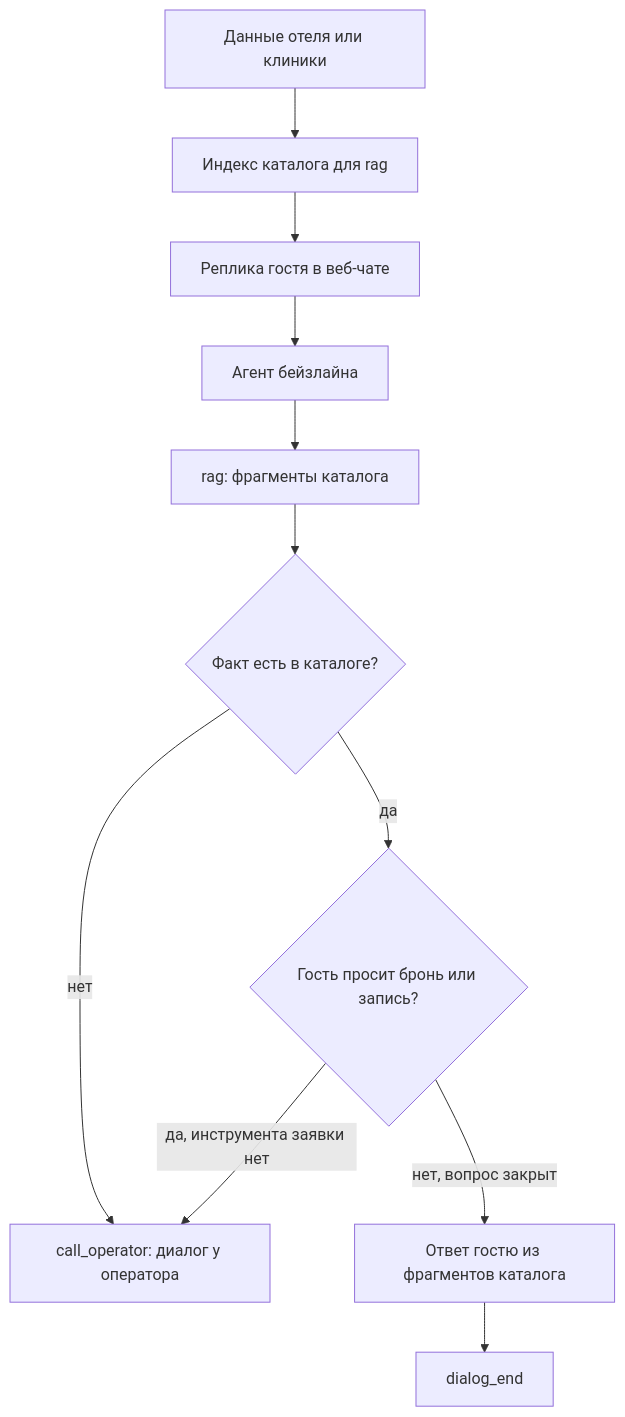
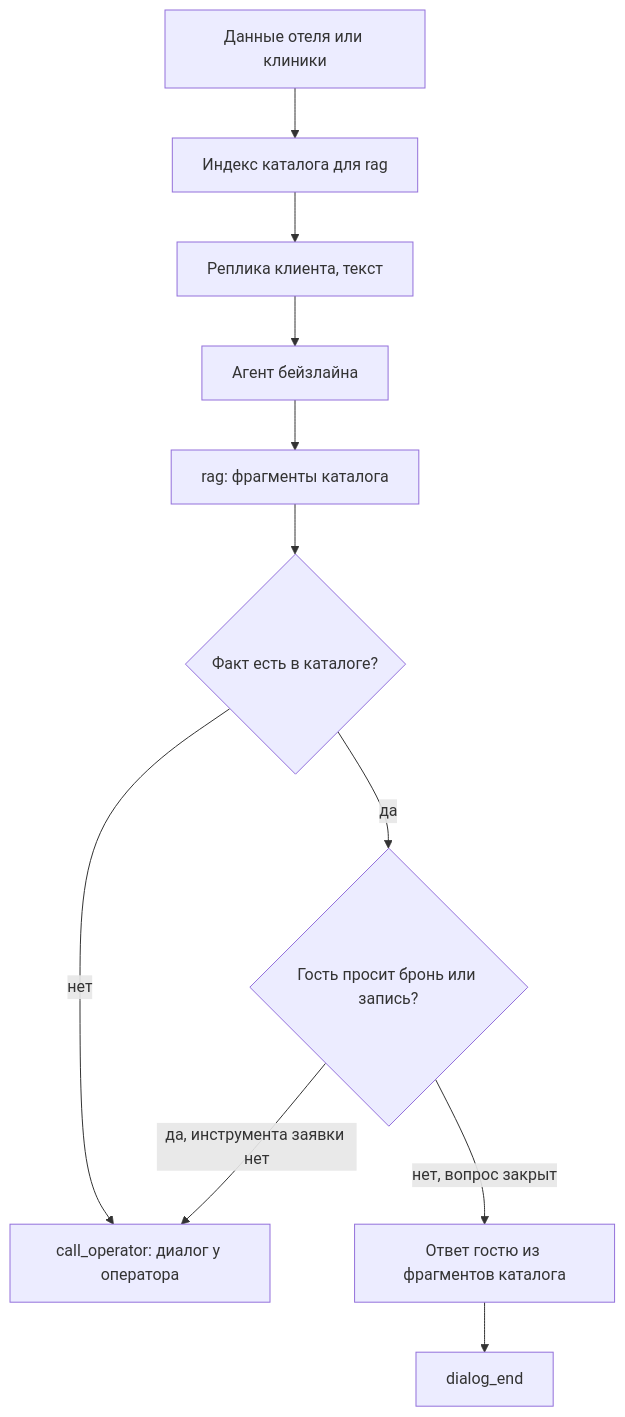
The first of 2 diagrams in docs/ml_system_design_doc.md (K-Grachev-2106756/universal-consultant), drawn with Mermaid before and after one commit. The commit also changed other lines of this file, not shown here.

````diff
--- a/docs/ml_system_design_doc.md
+++ b/docs/ml_system_design_doc.md
@@ -111,19 +120,19 @@
 ```mermaid
 flowchart TD
     pack["Данные отеля или клиники"]
     index["Индекс каталога для rag"]
-    chat["Реплика гостя в веб-чате"]
+    chat["Реплика клиента, текст"]
     agent["Агент бейзлайна"]
     rag["rag: фрагменты каталога"]
     known{"Факт есть в каталоге?"}
     operator["call_operator: диалог у оператора"]
     booking{"Гость просит бронь или запись?"}
     reply["Ответ гостю из фрагментов каталога"]
     done["dialog_end"]
 
     pack --> index --> chat --> agent --> rag --> known
     known -->|нет| operator
     known -->|да| booking
     booking -->|да, инструмента заявки нет| operator
     booking -->|нет, вопрос закрыт| reply --> done
 ```
````
